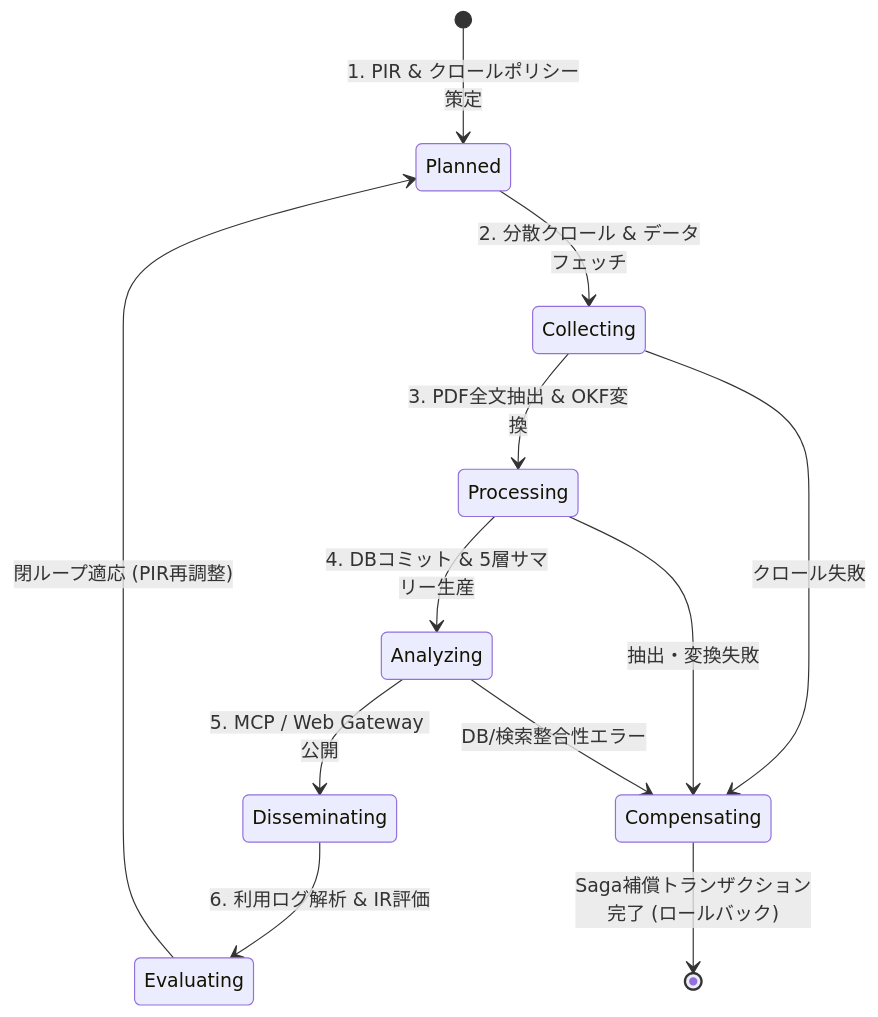
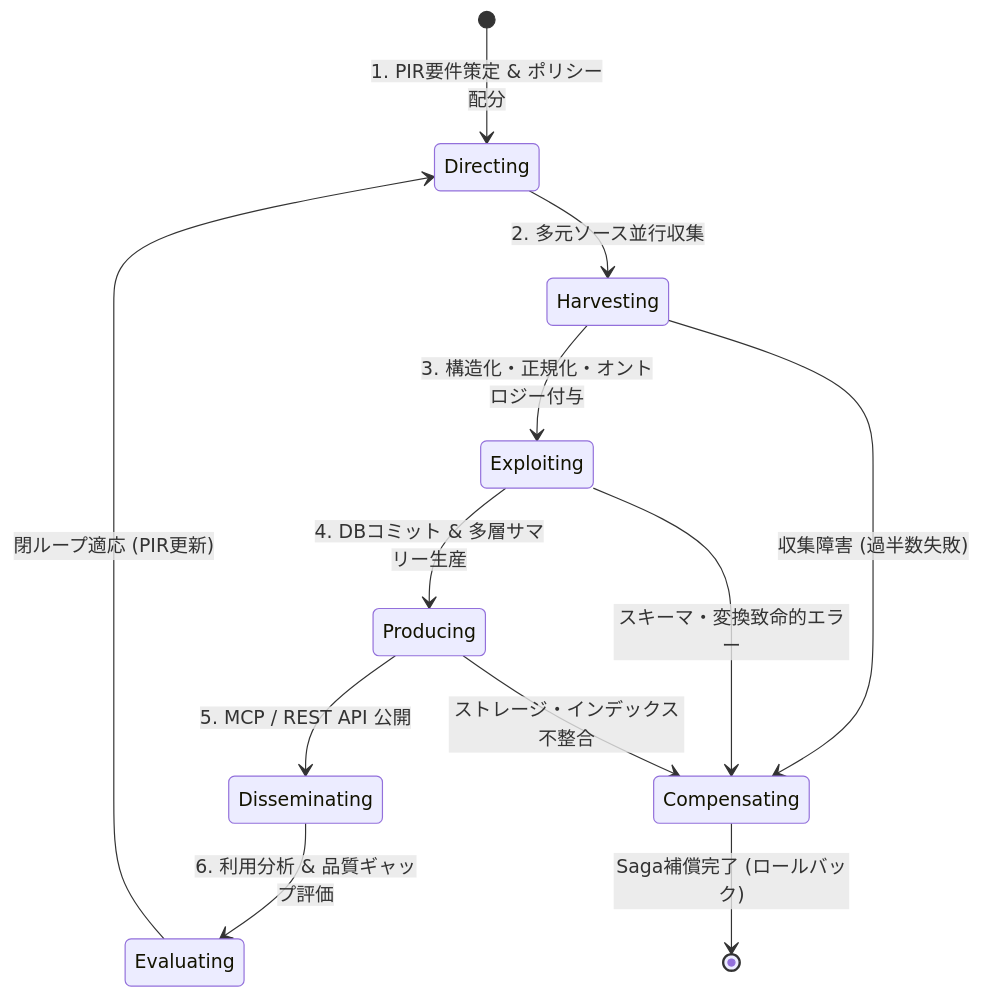
The fourth of 4 diagrams in docs/designs/DSN-11-intelligence_orchestration_engine.md (rokujyouhitoma/arxiv-security-papers), drawn with Mermaid before and after one commit. The commit also changed other lines of this file and 3 other files, not shown here.

````diff
--- a/docs/designs/DSN-11-intelligence_orchestration_engine.md
+++ b/docs/designs/DSN-11-intelligence_orchestration_engine.md
@@ -157,15 +256,15 @@
 ```mermaid
 stateDiagram-v2
-    [*] --> Planned: 1. PIR & クロールポリシー策定
-    Planned --> Collecting: 2. 分散クロール & データフェッチ
-    Collecting --> Processing: 3. PDF全文抽出 & OKF変換
-    Processing --> Analyzing: 4. DBコミット & 5層サマリー生産
-    Analyzing --> Disseminating: 5. MCP / Web Gateway 公開
-    Disseminating --> Evaluating: 6. 利用ログ解析 & IR評価
-    Evaluating --> Planned: 閉ループ適応 (PIR再調整)
+    [*] --> Directing: 1. PIR要件策定 & ポリシー配分
+    Directing --> Harvesting: 2. 多元ソース並行収集
+    Harvesting --> Exploiting: 3. 構造化・正規化・オントロジー付与
+    Exploiting --> Producing: 4. DBコミット & 多層サマリー生産
+    Producing --> Disseminating: 5. MCP / REST API 公開
+    Disseminating --> Evaluating: 6. 利用分析 & 品質ギャップ評価
+    Evaluating --> Directing: 閉ループ適応 (PIR更新)
 
-    Collecting --> Compensating: クロール失敗
-    Processing --> Compensating: 抽出・変換失敗
-    Analyzing --> Compensating: DB/検索整合性エラー
-    Compensating --> [*]: Saga補償トランザクション完了 (ロールバック)
+    Harvesting --> Compensating: 収集障害 (過半数失敗)
+    Exploiting --> Compensating: スキーマ・変換致命的エラー
+    Producing --> Compensating: ストレージ・インデックス不整合
+    Compensating --> [*]: Saga補償完了 (ロールバック)
 ```
````
